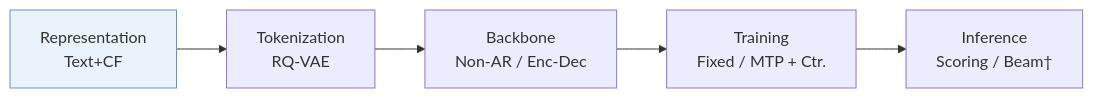
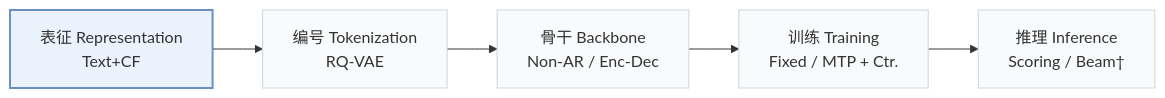
One commit to Galaxy-ghost/Awesome-SID-Generative-Rec changed the first of 2 diagrams in pages/zh/papers/screc.md. Above: the diagram before and after it, drawn with Mermaid. The commit also changed other lines of this file and 649 other files, not shown here.

Commit message:
writer-05: also tags and modality index (schema, check, build, visuals); summary field removed; calibration data for 12 papers

````diff
--- a/pages/zh/papers/screc.md
+++ b/pages/zh/papers/screc.md
@@ -13,6 +15,8 @@
 ```mermaid
 flowchart LR
-    R["Representation<br/>Text+CF"] --> T["Tokenization<br/>RQ-VAE"] --> B["Backbone<br/>Non-AR / Enc-Dec"] --> TR["Training<br/>Fixed / MTP + Ctr."] --> I["Inference<br/>Scoring / Beam†"]
-    classDef main fill:#eaf2fb,stroke:#6b8fc7
+    R["表征 Representation<br/>Text+CF"] --> T["编号 Tokenization<br/>RQ-VAE"] --> B["骨干 Backbone<br/>Non-AR / Enc-Dec"] --> TR["训练 Training<br/>Fixed / MTP + Ctr."] --> I["推理 Inference<br/>Scoring / Beam†"]
+    classDef base fill:#f8fafc,stroke:#cbd5e1
+    class R,T,B,TR,I base
+    classDef main fill:#eaf2fb,stroke:#6b8fc7,stroke-width:2px
     class R main
 ```
````
